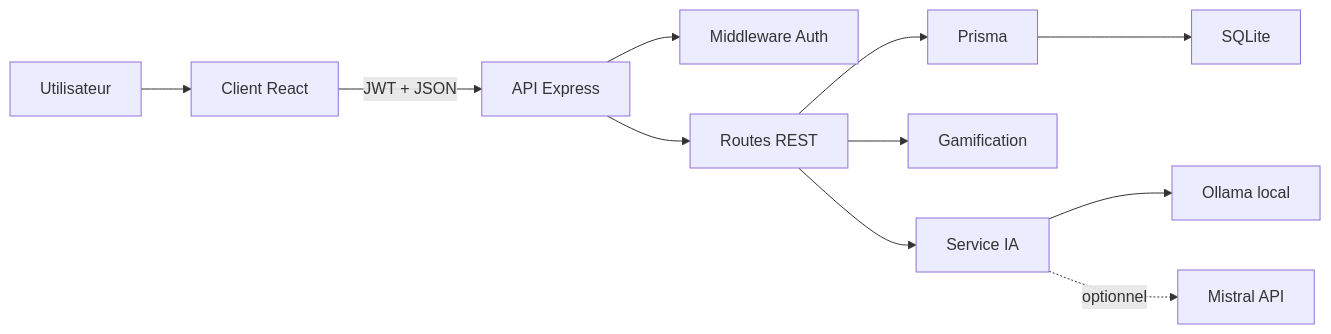
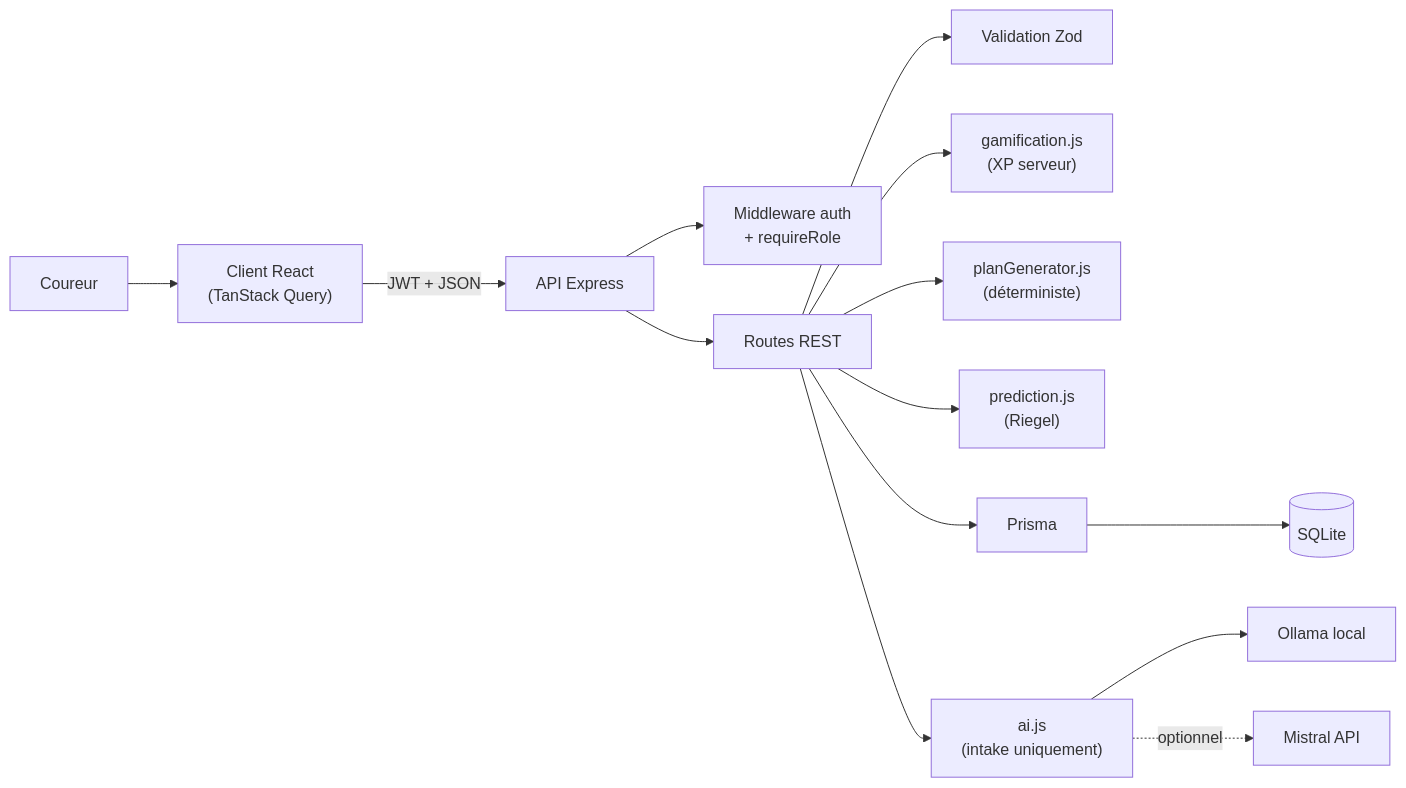
The first of 2 diagrams in README.md (MaximeLemesle/systeme), drawn with Mermaid before and after one commit. The commit also changed other lines of this file and 1 other file, not shown here.

````diff
--- a/README.md
+++ b/README.md
@@ -40,13 +45,15 @@
 ```mermaid
 flowchart LR
-  U["Utilisateur"] --> C["Client React"]
+  U["Coureur"] --> C["Client React<br/>(TanStack Query)"]
   C -->|"JWT + JSON"| API["API Express"]
-  API --> AUTH["Middleware Auth"]
+  API --> AUTH["Middleware auth<br/>+ requireRole"]
   API --> ROUTES["Routes REST"]
-  ROUTES --> PRISMA["Prisma"]
-  PRISMA --> DB["SQLite"]
-  ROUTES --> GAME["Gamification"]
-  ROUTES --> AI["Service IA"]
+  ROUTES --> ZOD["Validation Zod"]
+  ROUTES --> GAME["gamification.js<br/>(XP serveur)"]
+  ROUTES --> PLAN["planGenerator.js<br/>(déterministe)"]
+  ROUTES --> PRED["prediction.js<br/>(Riegel)"]
+  ROUTES --> PRISMA["Prisma"] --> DB[("SQLite")]
+  ROUTES --> AI["ai.js<br/>(intake uniquement)"]
   AI --> OLLAMA["Ollama local"]
   AI -. "optionnel" .-> MISTRAL["Mistral API"]
 ```
````
